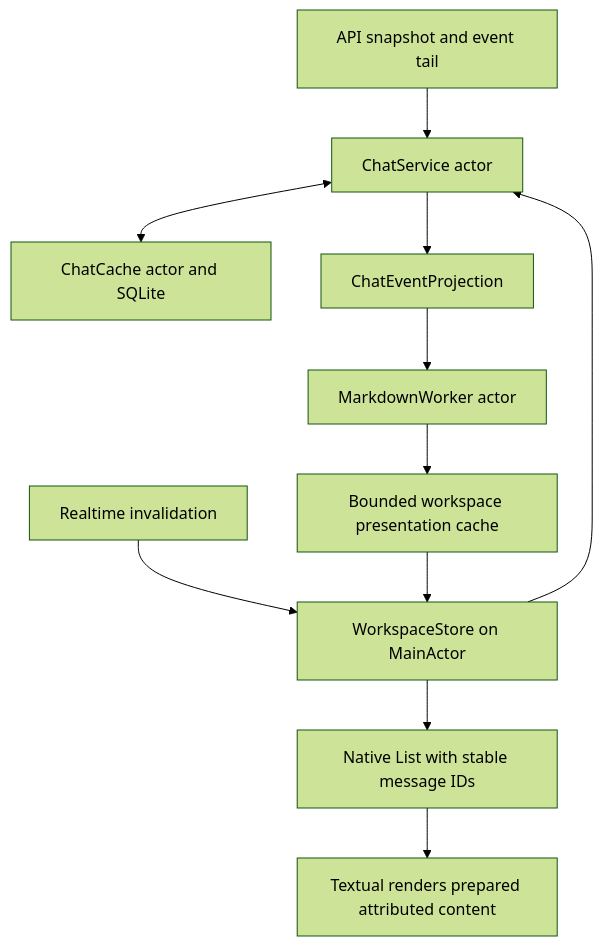
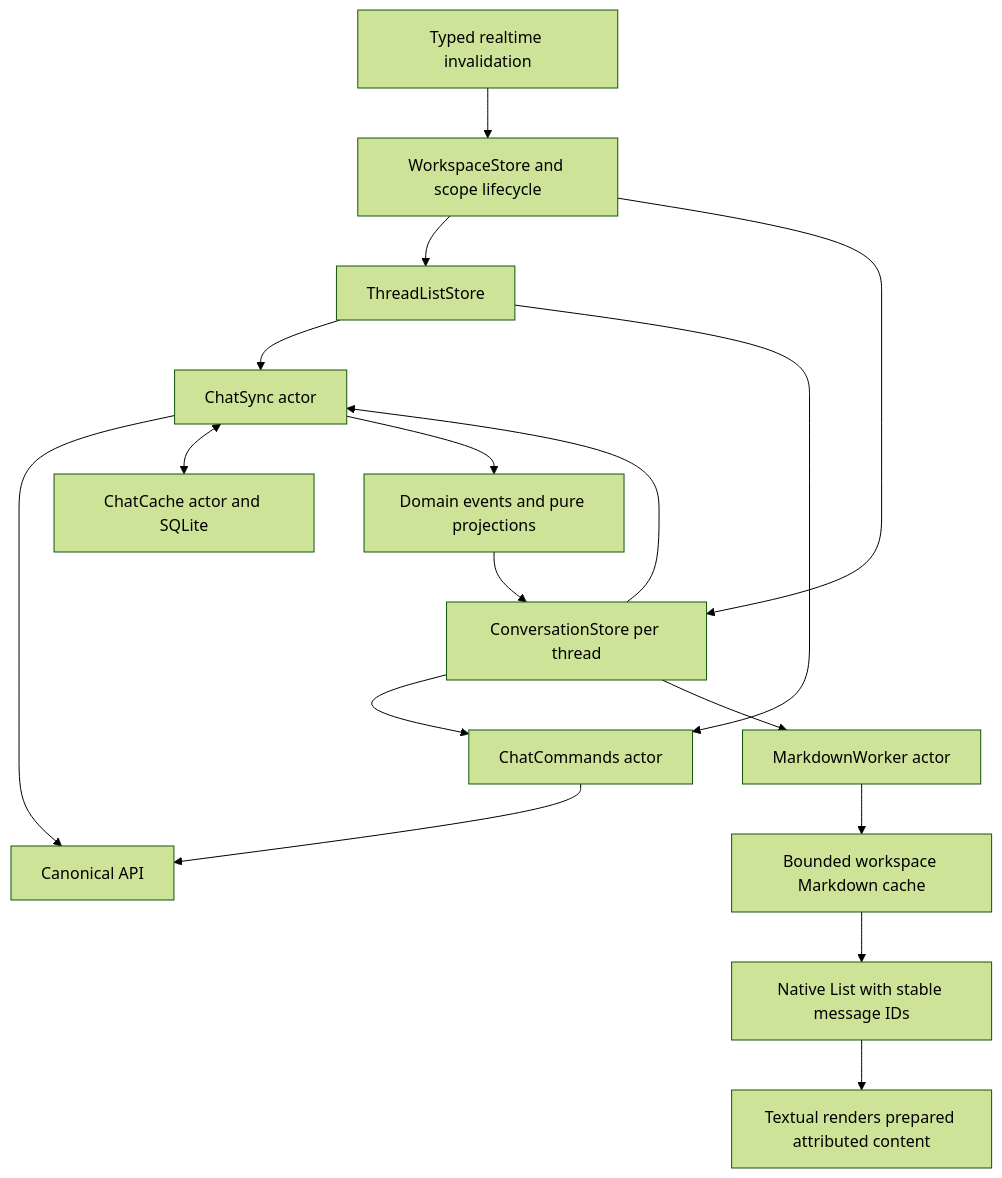
Before and after one commit to okou-ai/okou: the diagram in ios/CHAT_UI_ARCHITECTURE.md, drawn with Mermaid (forest theme). The commit also changed other lines of this file and 23 other files, not shown here.

````diff
--- a/ios/CHAT_UI_ARCHITECTURE.md
+++ b/ios/CHAT_UI_ARCHITECTURE.md
@@ -23,13 +23,19 @@
 ```mermaid
 flowchart TD
-  API[API snapshot and event tail] --> Service[ChatService actor]
-  Realtime[Realtime invalidation] --> Store[WorkspaceStore on MainActor]
-  Store --> Service
-  Service <--> Cache[ChatCache actor and SQLite]
-  Service --> Projection[ChatEventProjection]
-  Projection --> Prepare[MarkdownWorker actor]
-  Prepare --> Presentation[Bounded workspace presentation cache]
-  Presentation --> Store
-  Store --> List[Native List with stable message IDs]
+  Realtime[Typed realtime invalidation] --> Workspace[WorkspaceStore and scope lifecycle]
+  Workspace --> Navigation[ThreadListStore]
+  Workspace --> Conversation[ConversationStore per thread]
+  Navigation --> Sync[ChatSync actor]
+  Conversation --> Sync
+  Navigation --> Commands[ChatCommands actor]
+  Conversation --> Commands
+  Commands --> API[Canonical API]
+  Sync --> API
+  Sync <--> Cache[ChatCache actor and SQLite]
+  Sync --> Projection[Domain events and pure projections]
+  Projection --> Conversation
+  Conversation --> Prepare[MarkdownWorker actor]
+  Prepare --> Presentation[Bounded workspace Markdown cache]
+  Presentation --> List[Native List with stable message IDs]
   List --> Body[Textual renders prepared attributed content]
 ```
````
